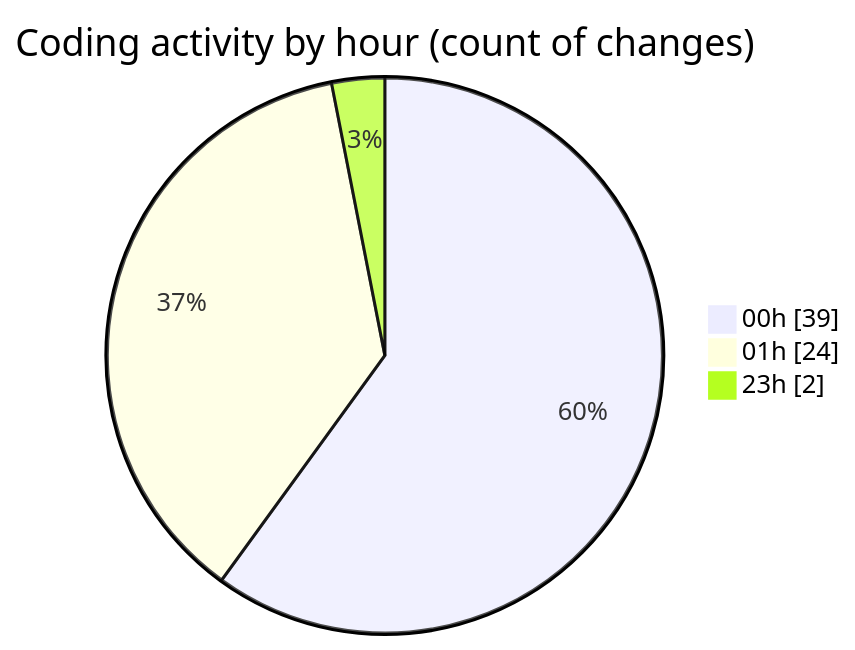
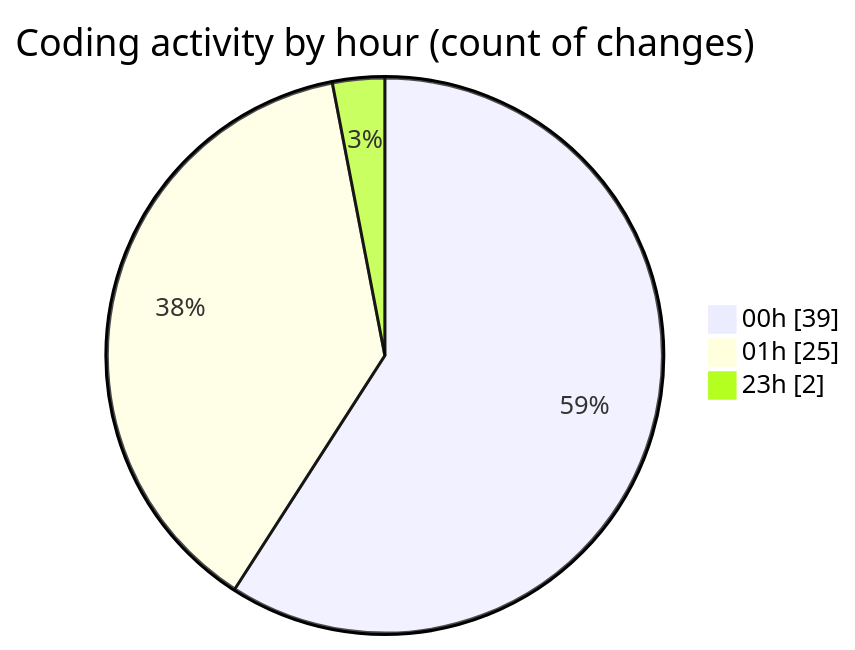
The second of 2 diagrams in 2025-10-10/eventscop-frontend-guide__workspace_/README.md (julien-gomy/code-tracking), drawn with Mermaid before and after one commit. The commit also changed other lines of this file and 1 other file, not shown here.

````diff
--- a/2025-10-10/eventscop-frontend-guide__workspace_/README.md
+++ b/2025-10-10/eventscop-frontend-guide__workspace_/README.md
@@ -34,7 +34,7 @@
 ```mermaid
 pie showData
 title Coding activity by hour (count of changes)
 "00h" : 39
-"01h" : 24
+"01h" : 25
 "23h" : 2
 ```
````
